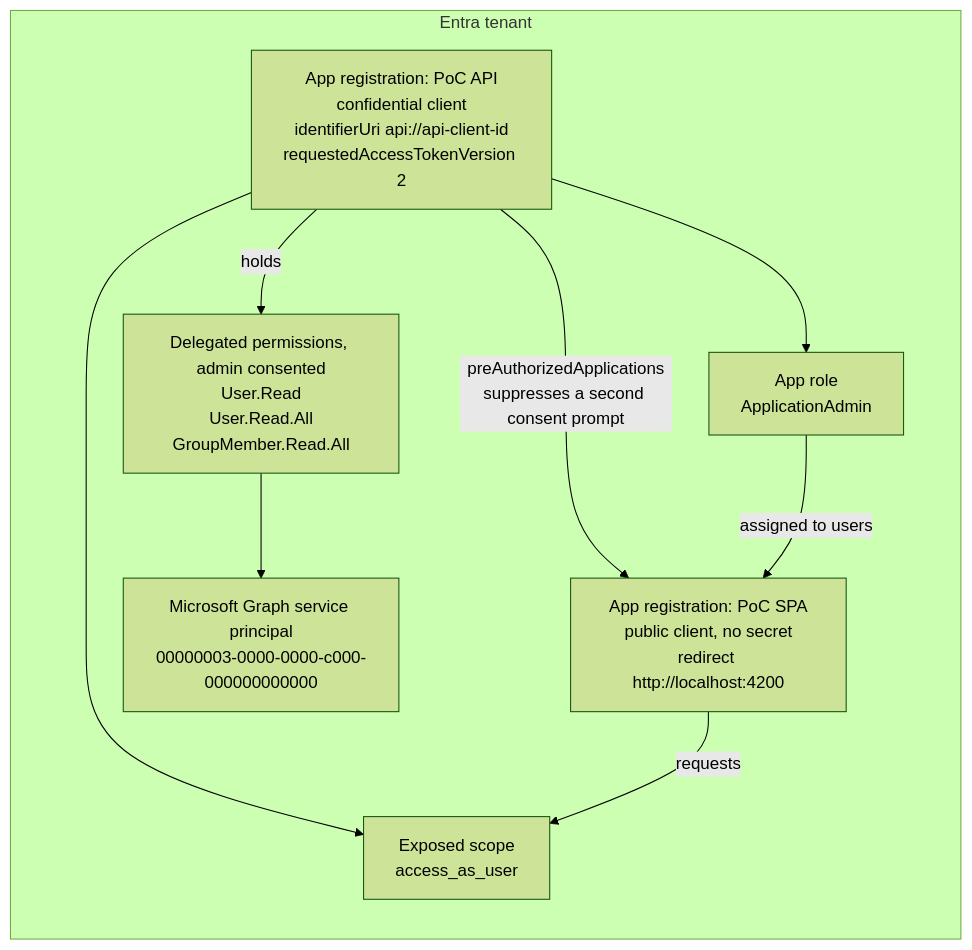
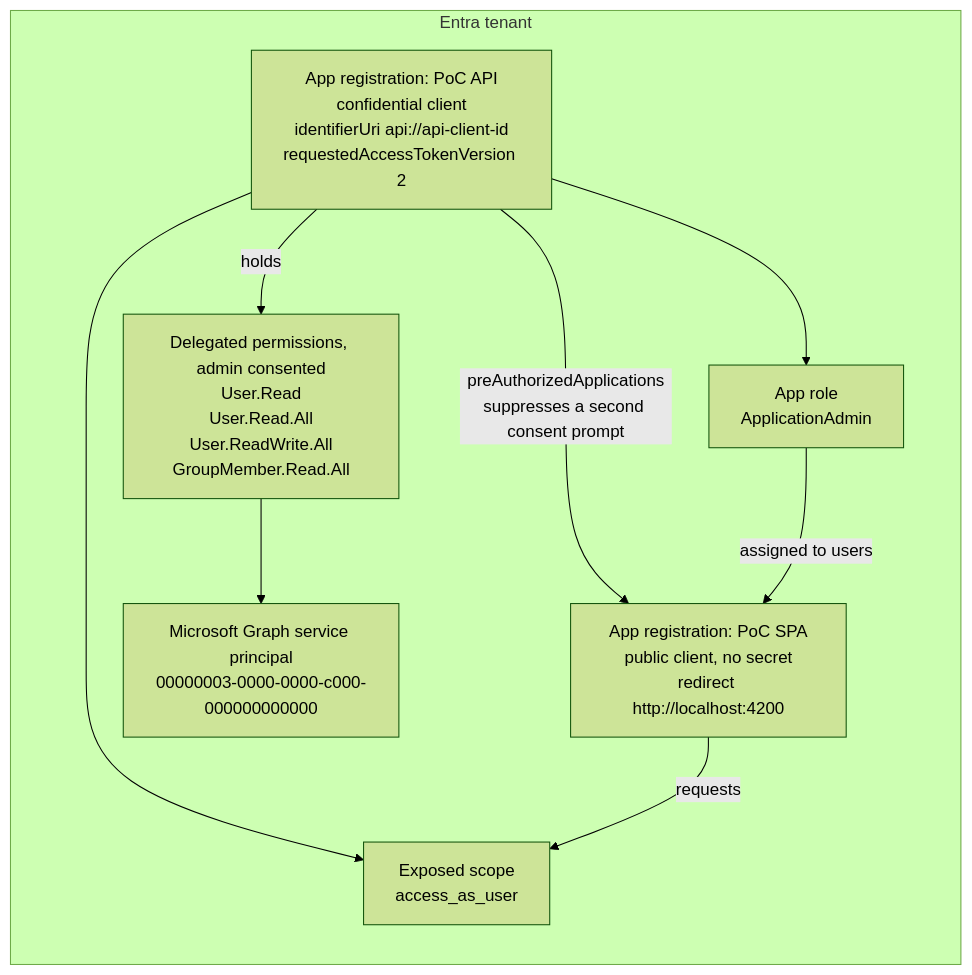
Before and after one commit to TK11703/angular-api-graph-relay: the third of 4 diagrams in README.md, drawn with Mermaid (forest theme). The commit also changed other lines of this file and 10 other files, not shown here.

Commit message:
Implement user profile editing functionality with appropriate permissions and validation

````diff
--- a/README.md
+++ b/README.md
@@ -74,20 +74,20 @@
 ```mermaid
 flowchart LR
     subgraph T["Entra tenant"]
         direction TB
         SPAREG["App registration: PoC SPA<br/>public client, no secret<br/>redirect http://localhost:4200"]
         APIREG["App registration: PoC API<br/>confidential client<br/>identifierUri api://api-client-id<br/>requestedAccessTokenVersion 2"]
         SCOPE["Exposed scope<br/>access_as_user"]
         ROLE["App role<br/>ApplicationAdmin"]
         GRAPHSP["Microsoft Graph service principal<br/>00000003-0000-0000-c000-000000000000"]
-        PERMS["Delegated permissions, admin consented<br/>User.Read<br/>User.Read.All<br/>GroupMember.Read.All"]
+        PERMS["Delegated permissions, admin consented<br/>User.Read<br/>User.Read.All<br/>User.ReadWrite.All<br/>GroupMember.Read.All"]
     end
 
     APIREG --> SCOPE
     APIREG --> ROLE
     SPAREG -- "requests" --> SCOPE
     APIREG -- "preAuthorizedApplications<br/>suppresses a second consent prompt" --> SPAREG
     ROLE -- "assigned to users" --> SPAREG
     APIREG -- "holds" --> PERMS
     PERMS --> GRAPHSP
 ```
````
